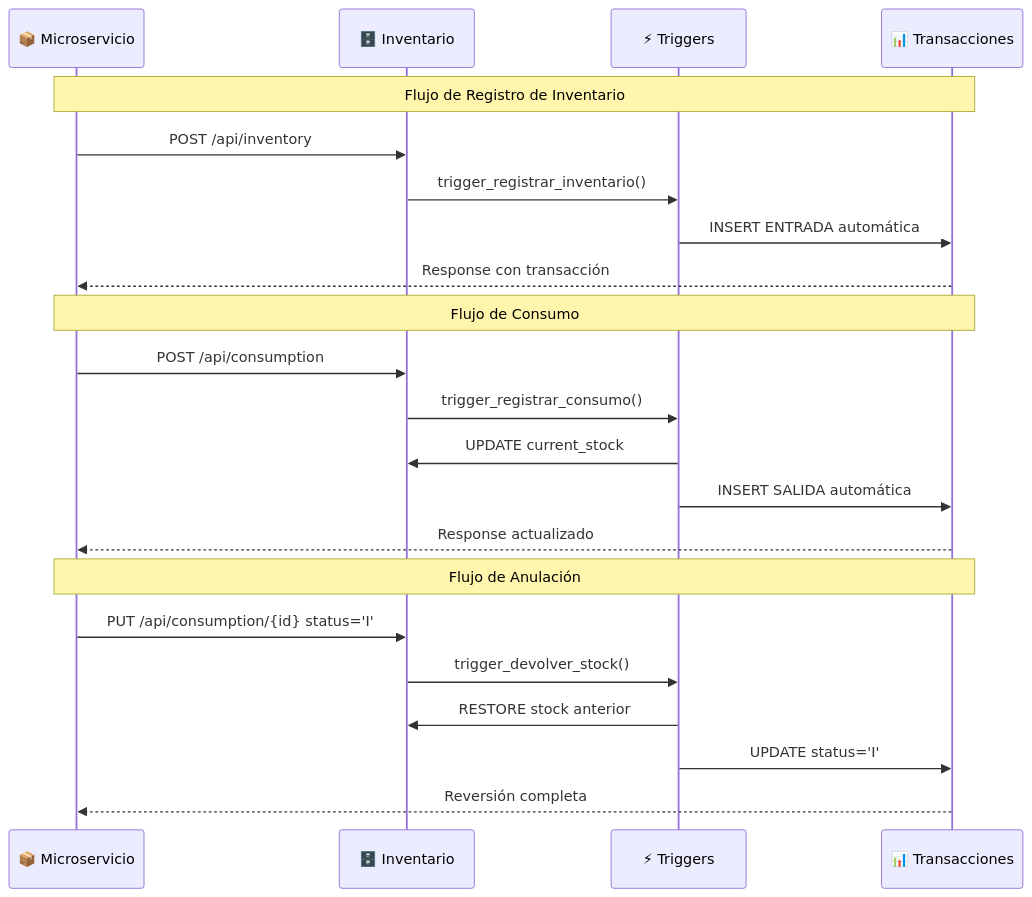
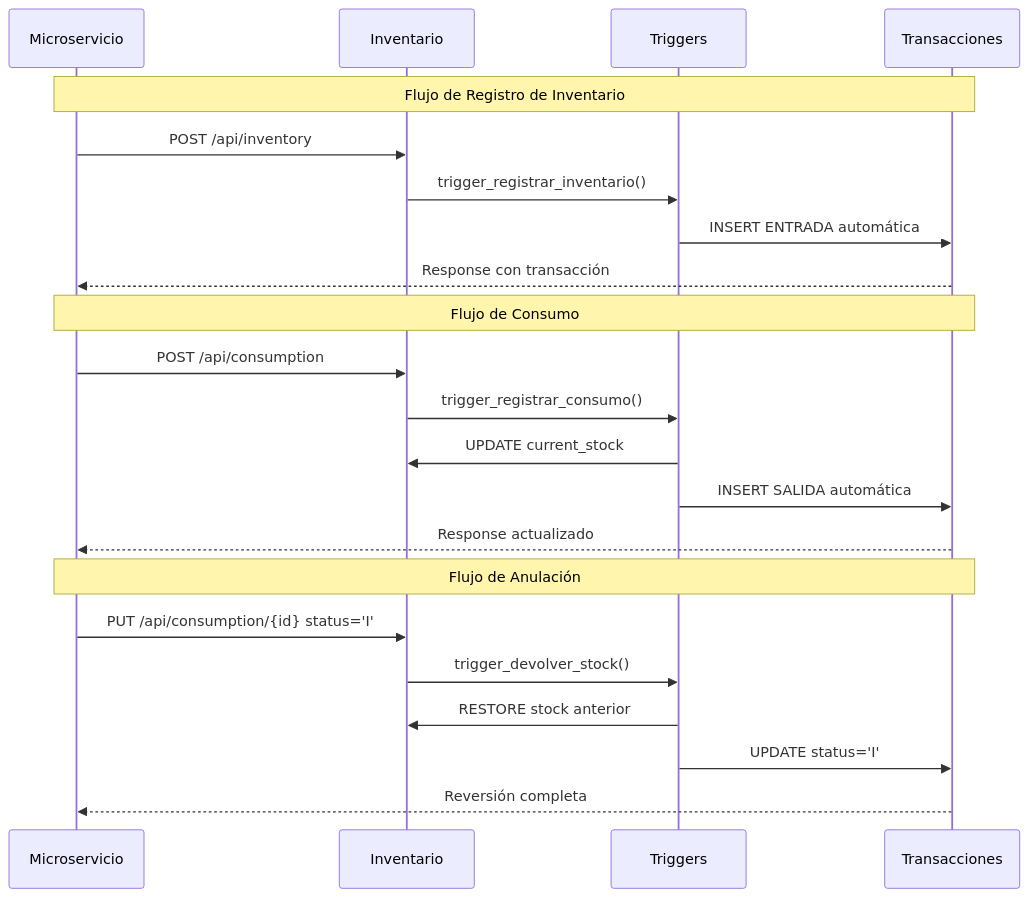
The third of 3 diagrams in README.md (jonaszubietaleon/vg-ms-transaction), drawn with Mermaid before and after one commit. The commit also changed other lines of this file, not shown here.

````diff
--- a/README.md
+++ b/README.md
@@ -253,30 +253,30 @@
 ```mermaid
 sequenceDiagram
-    participant MS as 📦 Microservicio
-    participant INV as 🗄️ Inventario
-    participant TRG as ⚡ Triggers
-    participant TXN as 📊 Transacciones
+    participant MS as Microservicio
+    participant INV as Inventario
+    participant TRG as Triggers
+    participant TXN as Transacciones
     
     Note over MS,TXN: Flujo de Registro de Inventario
     
     MS->>INV: POST /api/inventory
     INV->>TRG: trigger_registrar_inventario()
     TRG->>TXN: INSERT ENTRADA automática
     TXN-->>MS: Response con transacción
     
     Note over MS,TXN: Flujo de Consumo
     
     MS->>INV: POST /api/consumption  
     INV->>TRG: trigger_registrar_consumo()
     TRG->>INV: UPDATE current_stock
     TRG->>TXN: INSERT SALIDA automática
     TXN-->>MS: Response actualizado
     
     Note over MS,TXN: Flujo de Anulación
     
     MS->>INV: PUT /api/consumption/{id} status='I'
     INV->>TRG: trigger_devolver_stock()
     TRG->>INV: RESTORE stock anterior
     TRG->>TXN: UPDATE status='I'
     TXN-->>MS: Reversión completa
 ```
````
